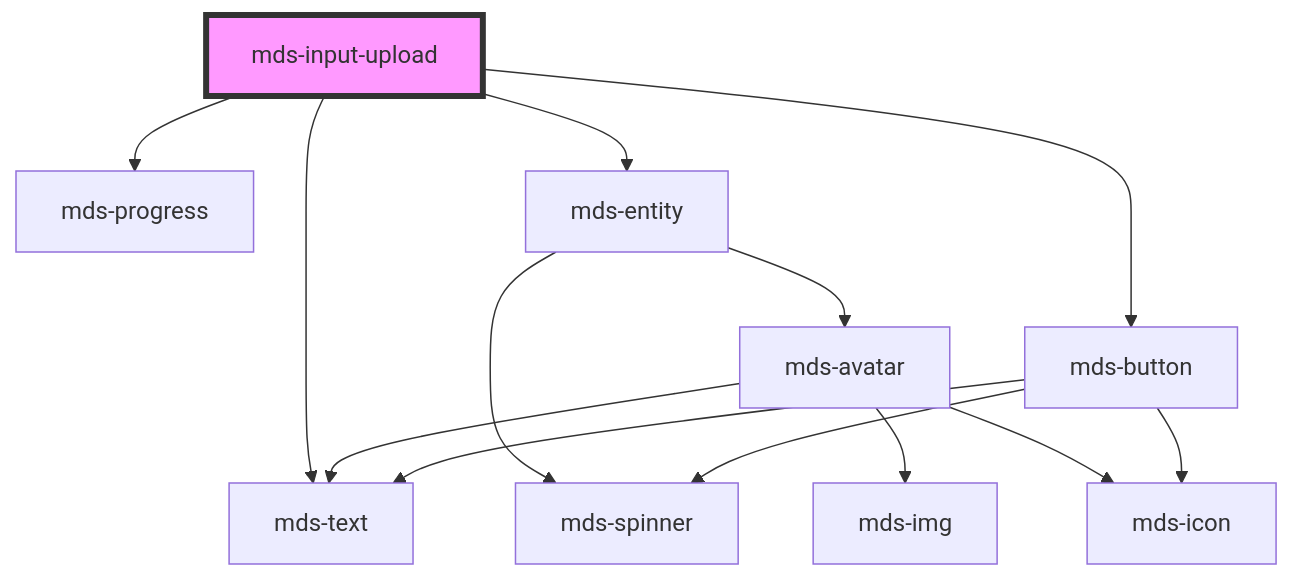
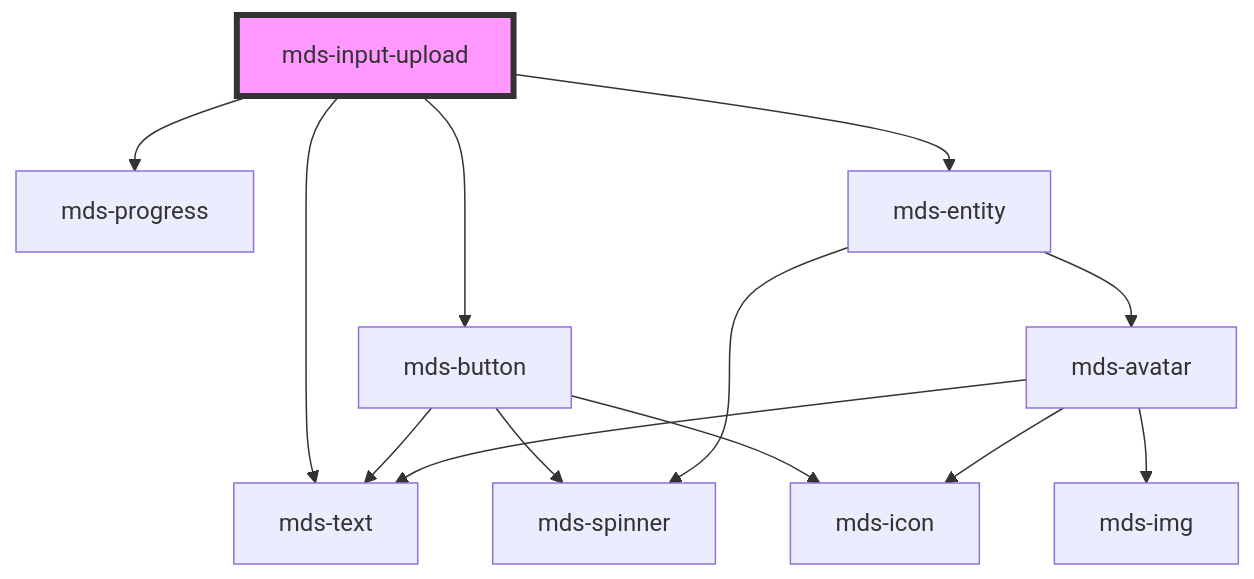
The diagram in projects/stencil/src/components/mds-input-upload/readme.md (magma-design-system/magma), drawn with Mermaid before and after one commit. The commit also changed other lines of this file and 1 other file, not shown here.

Commit message:
feat(mds-input-upload): add possibility to add files without reset current files inserted

````diff
--- a/projects/stencil/src/components/mds-input-upload/readme.md
+++ b/projects/stencil/src/components/mds-input-upload/readme.md
@@ -28,16 +28,16 @@
 ```mermaid
 graph TD;
   mds-input-upload --> mds-text
+  mds-input-upload --> mds-button
   mds-input-upload --> mds-progress
   mds-input-upload --> mds-entity
-  mds-input-upload --> mds-button
+  mds-button --> mds-spinner
+  mds-button --> mds-icon
+  mds-button --> mds-text
   mds-entity --> mds-spinner
   mds-entity --> mds-avatar
   mds-avatar --> mds-text
   mds-avatar --> mds-img
   mds-avatar --> mds-icon
-  mds-button --> mds-spinner
-  mds-button --> mds-icon
-  mds-button --> mds-text
   style mds-input-upload fill:#f9f,stroke:#333,stroke-width:4px
 ```
````
